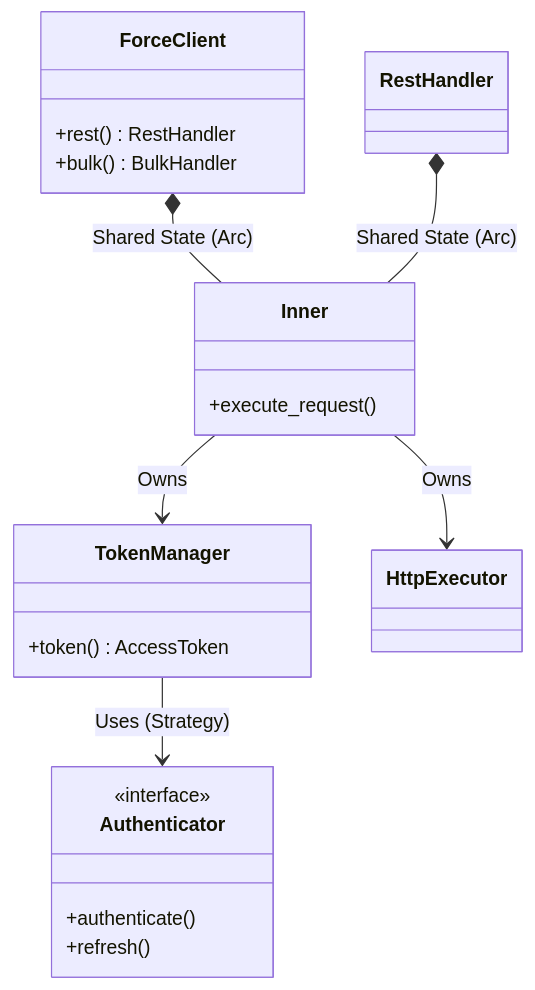
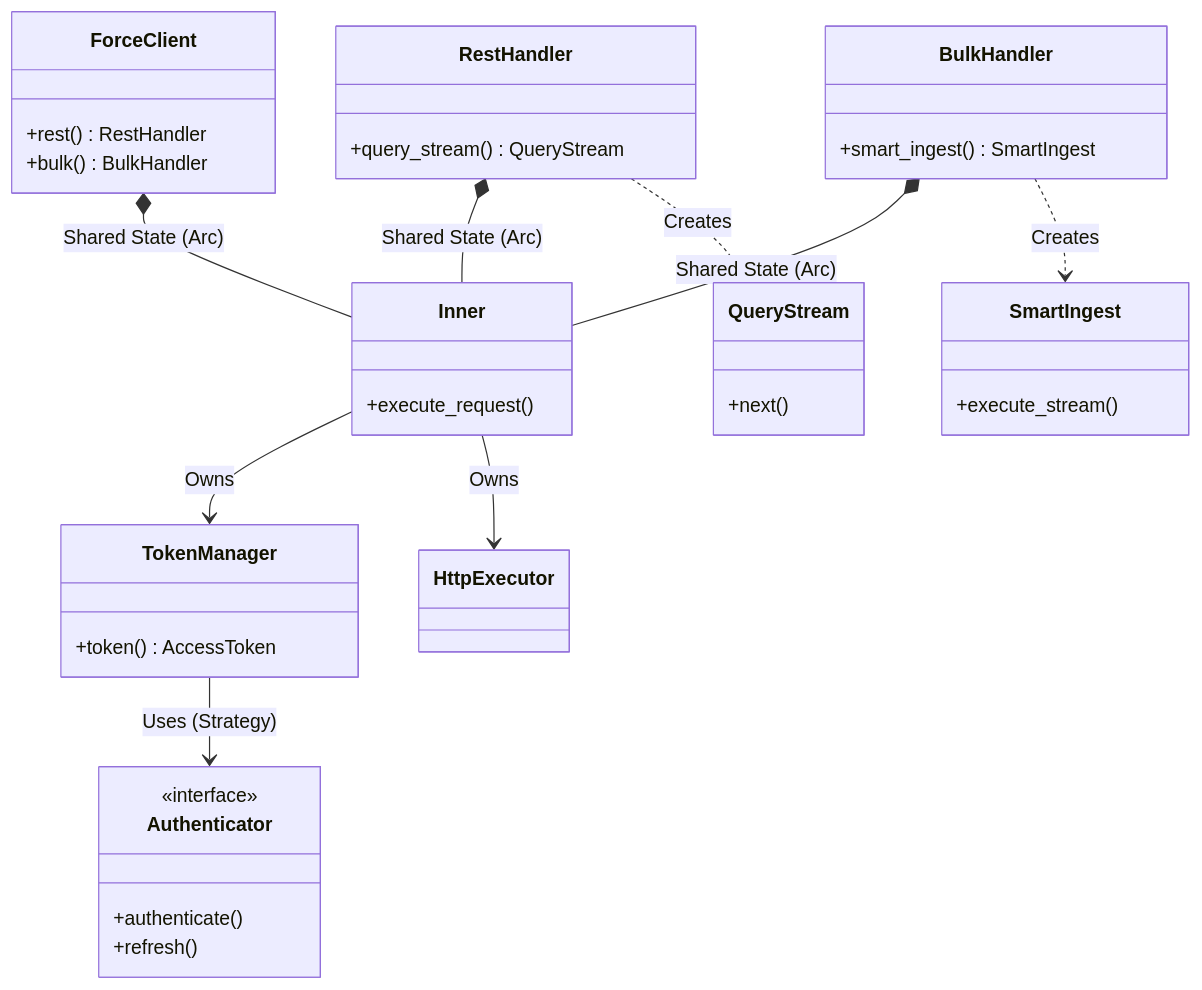
The third of 5 diagrams in docs/architecture.md (madmax983/force-rs), drawn with Mermaid before and after one commit. The commit also changed other lines of this file and 8 other files, not shown here.

````diff
--- a/docs/architecture.md
+++ b/docs/architecture.md
@@ -47,25 +47,40 @@
 ```mermaid
 classDiagram
   class ForceClient {
     +rest() RestHandler
     +bulk() BulkHandler
   }
   class Inner {
     +execute_request()
   }
   class TokenManager {
     +token() AccessToken
   }
   class Authenticator {
     <<interface>>
     +authenticate()
     +refresh()
   }
-  class RestHandler
+  class RestHandler {
+    +query_stream() QueryStream
+  }
+  class BulkHandler {
+    +smart_ingest() SmartIngest
+  }
+  class SmartIngest {
+    +execute_stream()
+  }
+  class QueryStream {
+    +next()
+  }
 
   ForceClient *-- Inner : Shared State (Arc)
   RestHandler *-- Inner : Shared State (Arc)
+  BulkHandler *-- Inner : Shared State (Arc)
   Inner --> TokenManager : Owns
   Inner --> HttpExecutor : Owns
   TokenManager --> Authenticator : Uses (Strategy)
+
+  RestHandler ..> QueryStream : Creates
+  BulkHandler ..> SmartIngest : Creates
 ```
````
